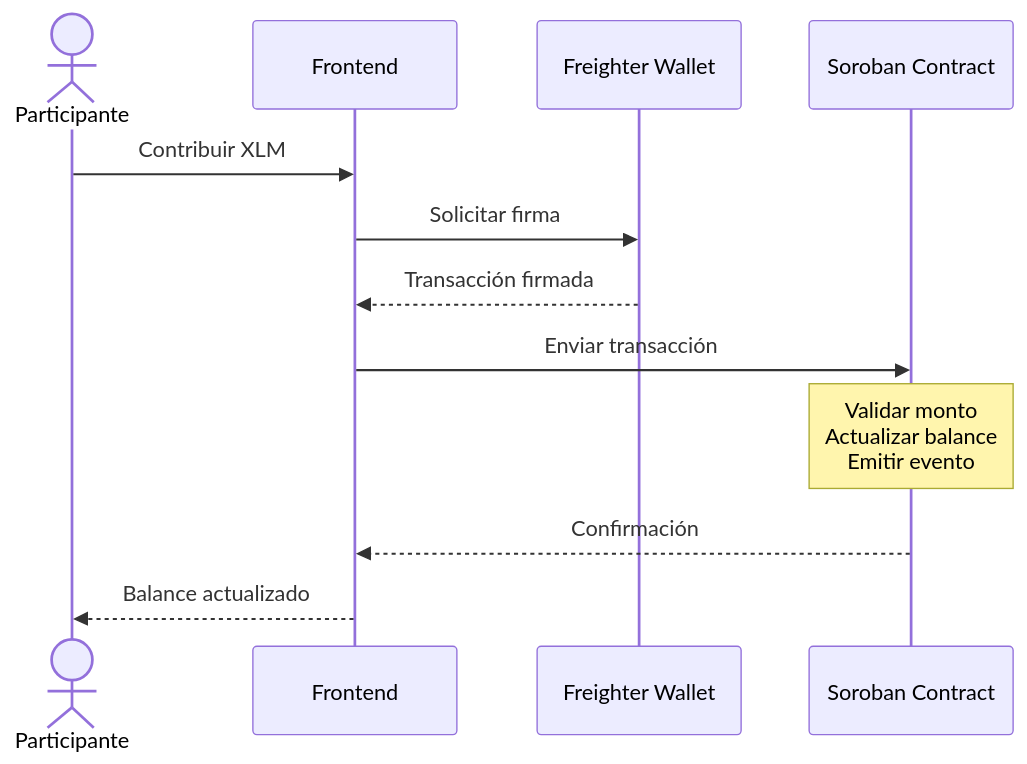
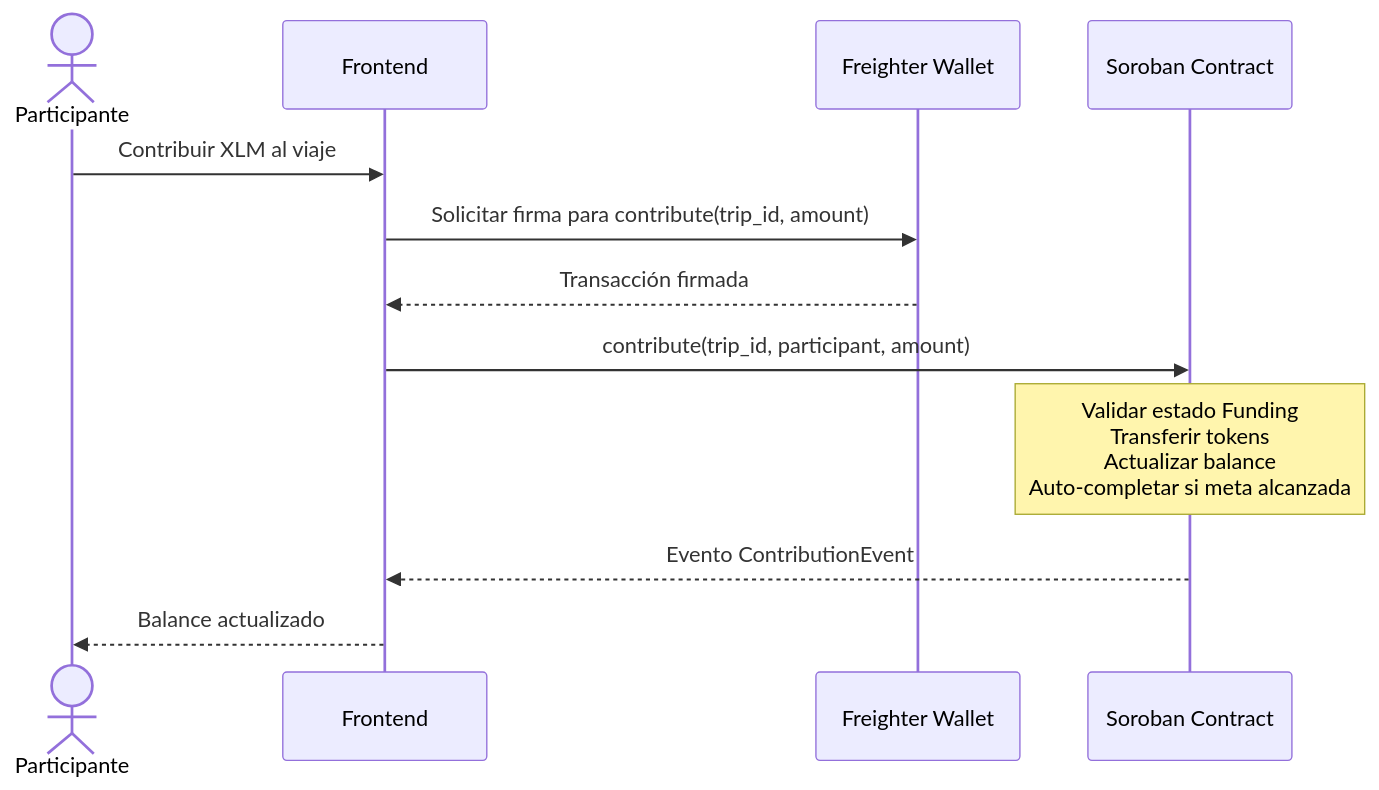
The seventh of 15 diagrams in ARCHITECTURE.md (CoKeFish/Impacta-Bootcamp), drawn with Mermaid before and after one commit. The commit also changed other lines of this file and 3 other files, not shown here.

````diff
--- a/ARCHITECTURE.md
+++ b/ARCHITECTURE.md
@@ -123,14 +286,14 @@
 ```mermaid
 sequenceDiagram
     actor P as Participante
     participant FE as Frontend
     participant W as Freighter Wallet
     participant SC as Soroban Contract
-    P ->> FE: Contribuir XLM
-    FE ->> W: Solicitar firma
+    P ->> FE: Contribuir XLM al viaje
+    FE ->> W: Solicitar firma para contribute(trip_id, amount)
     W -->> FE: Transacción firmada
-    FE ->> SC: Enviar transacción
-    Note over SC: Validar monto<br/>Actualizar balance<br/>Emitir evento
-    SC -->> FE: Confirmación
+    FE ->> SC: contribute(trip_id, participant, amount)
+    Note over SC: Validar estado Funding<br/>Transferir tokens<br/>Actualizar balance<br/>Auto-completar si meta alcanzada
+    SC -->> FE: Evento ContributionEvent
     FE -->> P: Balance actualizado
 ```
````
